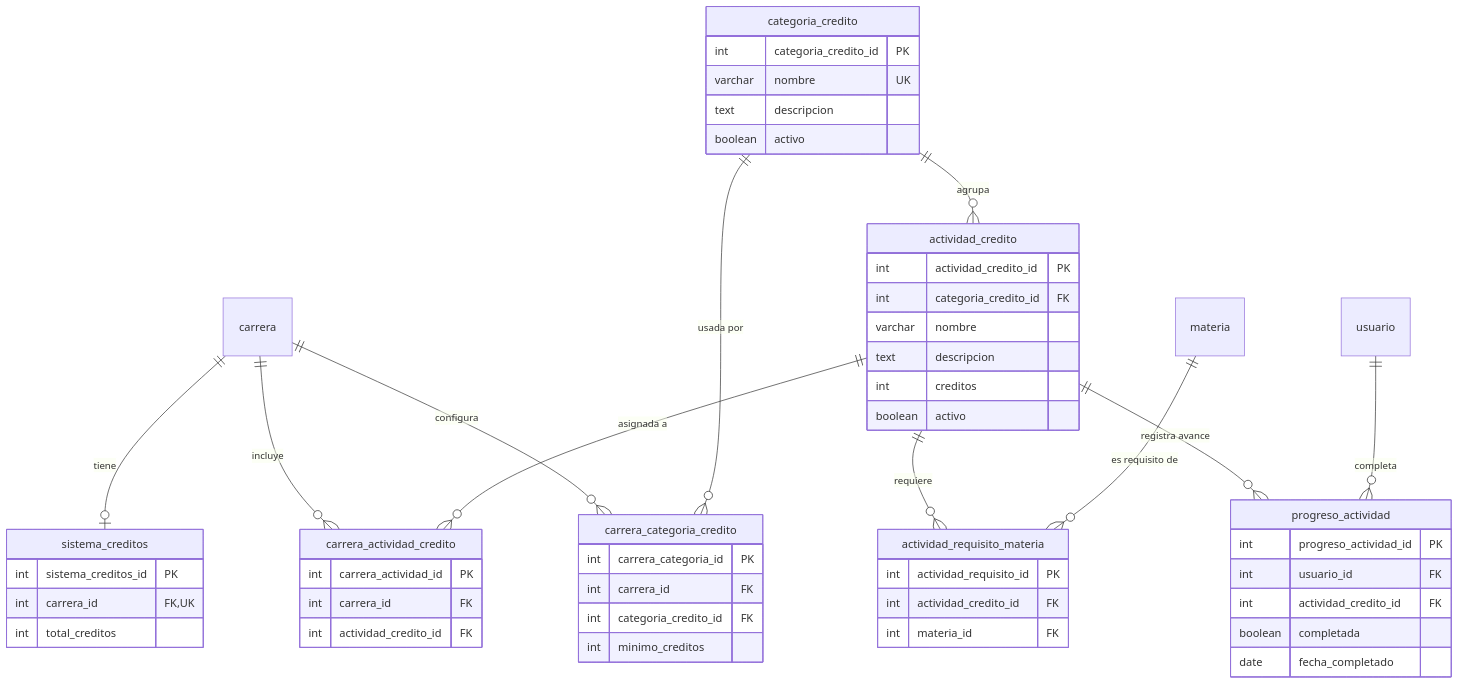
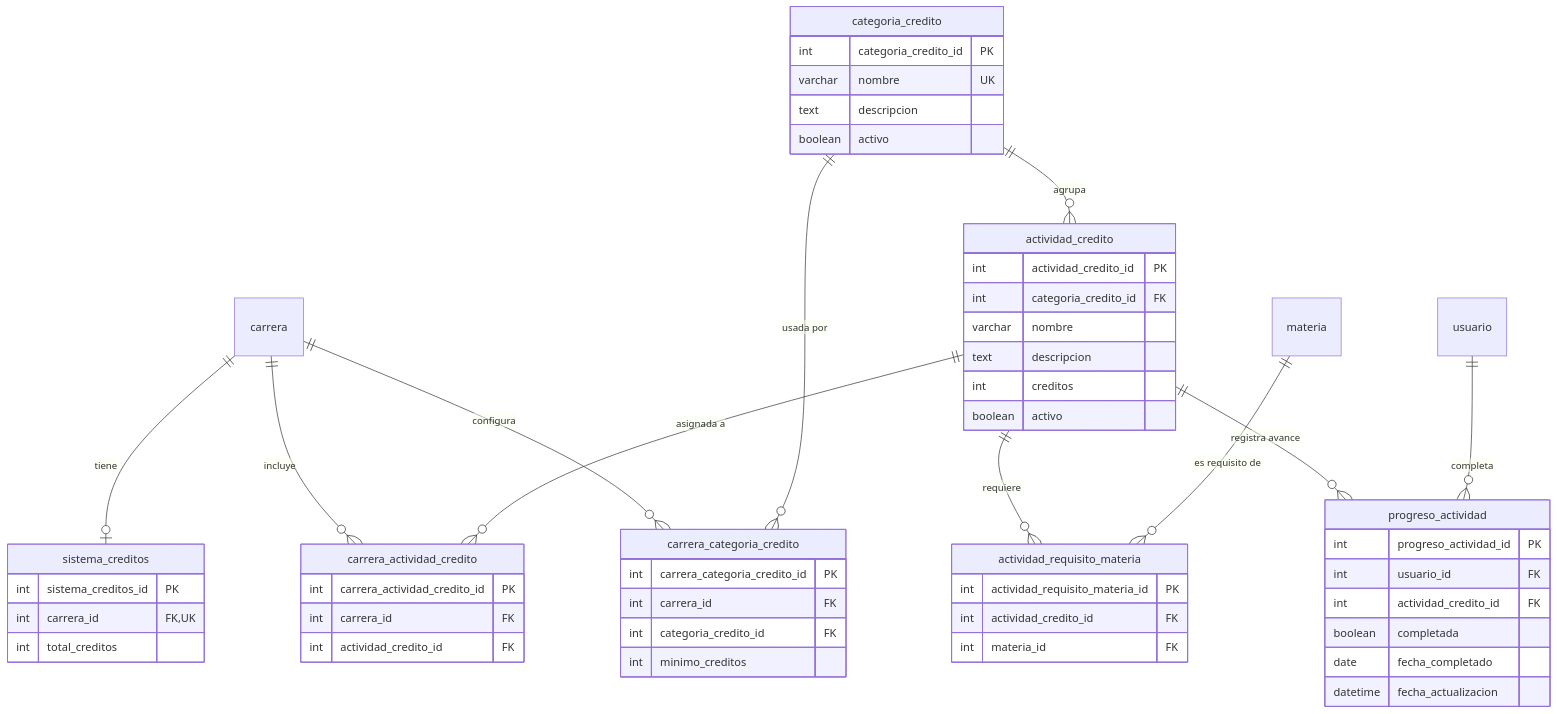
One commit to NahuLJ/University-Progress-Tracker-App changed the diagram in docs/implementaciones/sistema-de-creditos.md. Above: the diagram before and after it, drawn with Mermaid. The commit also changed other lines of this file and 46 other files, not shown here.

````diff
--- a/docs/implementaciones/sistema-de-creditos.md
+++ b/docs/implementaciones/sistema-de-creditos.md
@@ -24,56 +24,57 @@
 ```mermaid
 erDiagram
     carrera ||--o| sistema_creditos : "tiene"
     carrera ||--o{ carrera_categoria_credito : "configura"
     categoria_credito ||--o{ carrera_categoria_credito : "usada por"
     carrera ||--o{ carrera_actividad_credito : "incluye"
     actividad_credito ||--o{ carrera_actividad_credito : "asignada a"
     categoria_credito ||--o{ actividad_credito : "agrupa"
     actividad_credito ||--o{ progreso_actividad : "registra avance"
     usuario ||--o{ progreso_actividad : "completa"
     actividad_credito ||--o{ actividad_requisito_materia : "requiere"
     materia ||--o{ actividad_requisito_materia : "es requisito de"
 
     sistema_creditos {
         int sistema_creditos_id PK
         int carrera_id FK,UK
         int total_creditos
     }
     categoria_credito {
         int categoria_credito_id PK
         varchar nombre UK
         text descripcion
         boolean activo
     }
     actividad_credito {
         int actividad_credito_id PK
         int categoria_credito_id FK
         varchar nombre
         text descripcion
         int creditos
         boolean activo
     }
     carrera_categoria_credito {
-        int carrera_categoria_id PK
+        int carrera_categoria_credito_id PK
         int carrera_id FK
         int categoria_credito_id FK
         int minimo_creditos
     }
     carrera_actividad_credito {
-        int carrera_actividad_id PK
+        int carrera_actividad_credito_id PK
         int carrera_id FK
         int actividad_credito_id FK
     }
     progreso_actividad {
         int progreso_actividad_id PK
         int usuario_id FK
         int actividad_credito_id FK
         boolean completada
         date fecha_completado
+        datetime fecha_actualizacion
     }
     actividad_requisito_materia {
-        int actividad_requisito_id PK
+        int actividad_requisito_materia_id PK
         int actividad_credito_id FK
         int materia_id FK
     }
 ```
````
